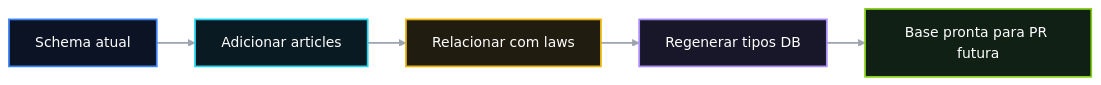
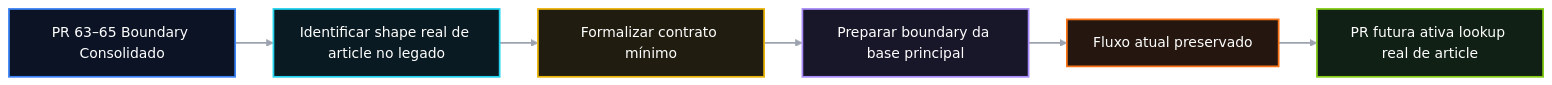
One commit to matheusdiamantino-betalent/questions-ai changed the diagram in PR 66 — Fase 2: Foundation Relacional Mínima para Article.md. Above: the diagram before and after it, drawn with Mermaid. The commit also changed other lines of this file, not shown here.

Commit message:
Update PR 66 — Fase 2: Foundation Relacional Mínima para Article.md

````diff
--- a/PR 66 — Fase 2: Foundation Relacional Mínima para Article.md
+++ b/PR 66 — Fase 2: Foundation Relacional Mínima para Article.md
@@ -86,43 +92,47 @@
 ```mermaid
 %%{init: {
   "theme": "base",
   "themeVariables": {
     "background": "#050b16",
     "primaryColor": "#0b1220",
     "primaryTextColor": "#ffffff",
     "primaryBorderColor": "#22d3ee",
     "lineColor": "#94a3b8",
     "secondaryColor": "#0b1220",
     "tertiaryColor": "#0b1220",
     "fontFamily": "Inter, Arial, sans-serif"
   },
   "flowchart": {
     "htmlLabels": true,
     "curve": "linear",
     "nodeSpacing": 34,
     "rankSpacing": 44
   }
 }}%%
 flowchart LR
-    A["Schema atual"] --> B["Adicionar articles"]
-    B --> C["Relacionar com laws"]
-    C --> D["Regenerar tipos DB"]
-    D --> E["Base pronta para PR futura"]
+    A["PR 63–65 Boundary Consolidado"] --> B["Identificar shape real de article no legado"]
+    B --> C["Formalizar contrato mínimo"]
+    C --> D["Preparar boundary da base principal"]
+    D --> E["Fluxo atual preservado"]
+    E --> F["PR futura ativa lookup real de article"]
 
     classDef step1 fill:#0b1325,stroke:#3b82f6,stroke-width:2px,color:#ffffff;
     classDef step2 fill:#0a1a22,stroke:#22d3ee,stroke-width:2px,color:#ffffff;
     classDef step3 fill:#201d10,stroke:#eab308,stroke-width:2px,color:#ffffff;
     classDef step4 fill:#181629,stroke:#a78bfa,stroke-width:2px,color:#ffffff;
-    classDef step5 fill:#112015,stroke:#84cc16,stroke-width:2px,color:#ffffff;
+    classDef step5 fill:#25170f,stroke:#f97316,stroke-width:2px,color:#ffffff;
+    classDef step6 fill:#112015,stroke:#84cc16,stroke-width:2px,color:#ffffff;
 
     class A step1;
     class B step2;
     class C step3;
     class D step4;
     class E step5;
+    class F step6;
 
     linkStyle 0 stroke:#9ca3af,stroke-width:2px;
     linkStyle 1 stroke:#9ca3af,stroke-width:2px;
     linkStyle 2 stroke:#9ca3af,stroke-width:2px;
     linkStyle 3 stroke:#9ca3af,stroke-width:2px;
+    linkStyle 4 stroke:#9ca3af,stroke-width:2px;
 ```
````
